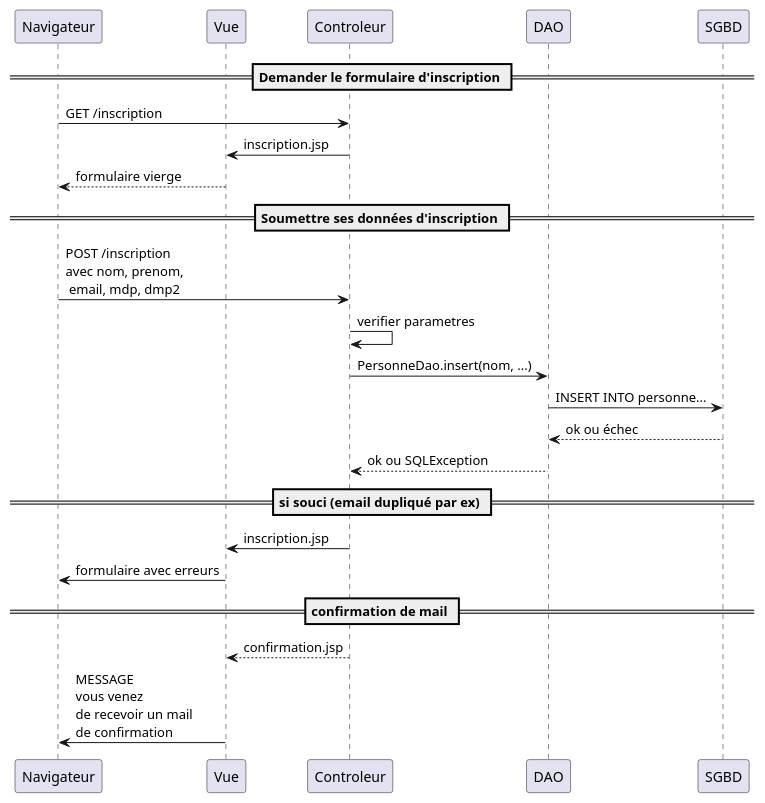
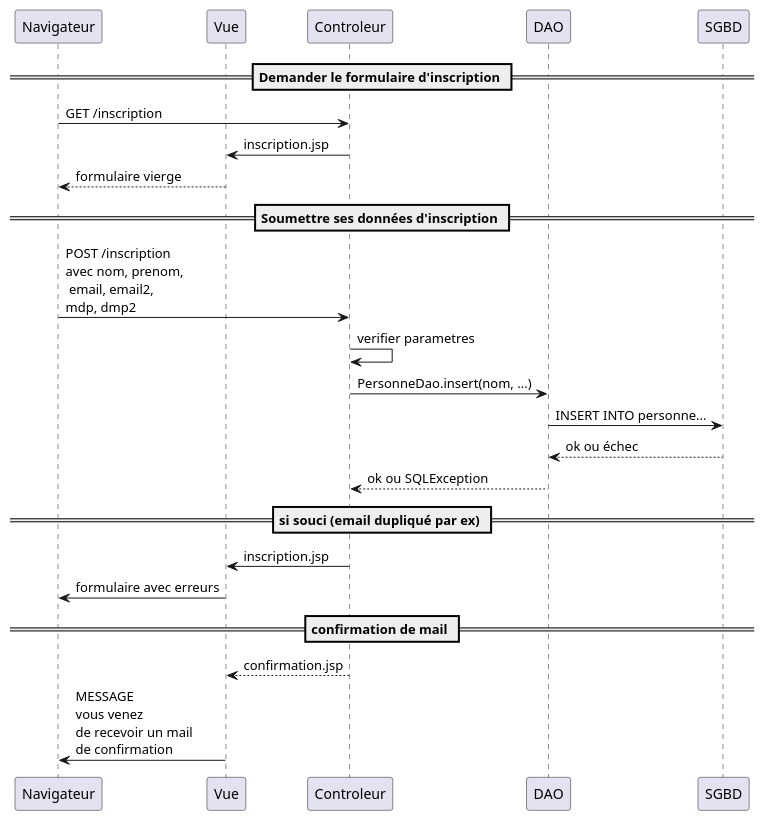
The diagram in src/main/uml/inscription.puml (michel-plasse/SIOMassy2022), drawn with PlantUML before and after one commit.

Commit message:
ajoute inscription.puml

```diff
--- a/src/main/uml/inscription.puml
+++ b/src/main/uml/inscription.puml
@@ -1,23 +1,23 @@
 @startuml
 participant Navigateur
 participant Vue
 
 == Demander le formulaire d'inscription ==
 Navigateur -> Controleur: GET /inscription
 Controleur -> Vue: inscription.jsp
 Vue --> Navigateur: formulaire vierge
 
 == Soumettre ses données d'inscription ==
-Navigateur -> Controleur: POST /inscription\navec nom, prenom,\n email, mdp, dmp2
+Navigateur -> Controleur: POST /inscription\navec nom, prenom,\n email, email2, \nmdp, dmp2
 Controleur -> Controleur: verifier parametres
 Controleur -> DAO: PersonneDao.insert(nom, ...)
 DAO -> SGBD: INSERT INTO personne...
 SGBD --> DAO: ok ou échec
 DAO --> Controleur: ok ou SQLException
 == si souci (email dupliqué par ex) ==
 Controleur -> Vue: inscription.jsp
 Vue -> Navigateur: formulaire avec erreurs
 == confirmation de mail ==
 Controleur --> Vue: confirmation.jsp
 Vue -> Navigateur: MESSAGE \nvous venez\nde recevoir un mail \nde confirmation
 @enduml
```
